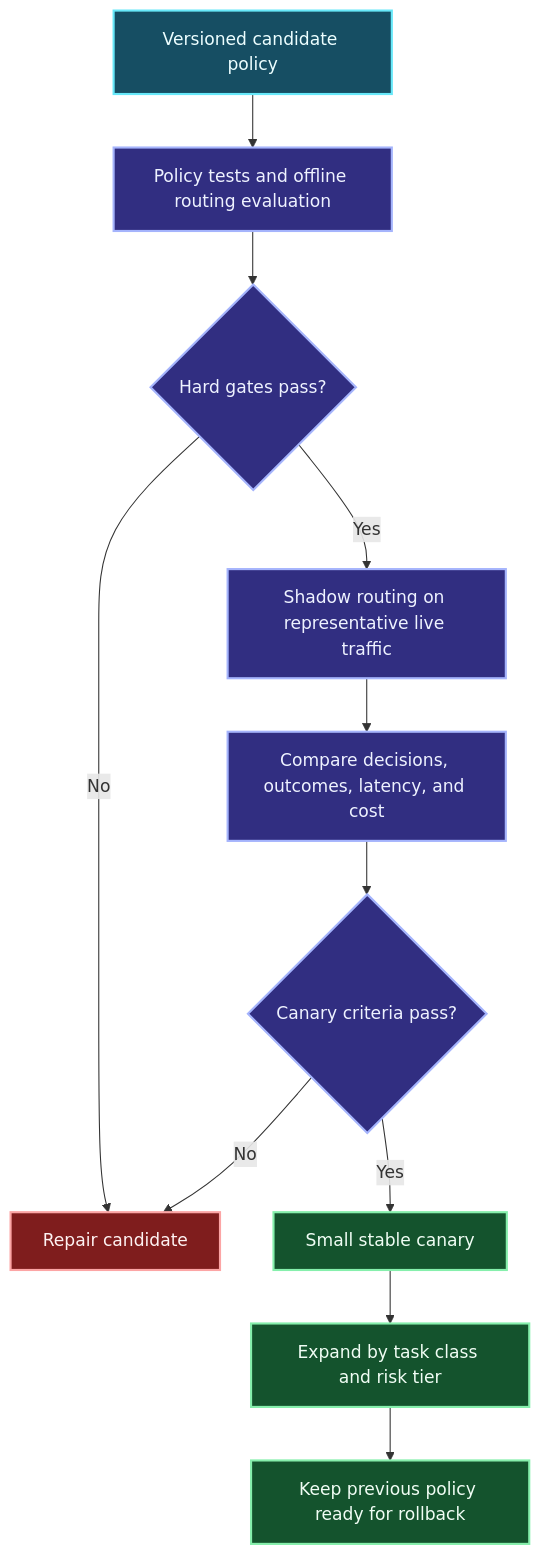
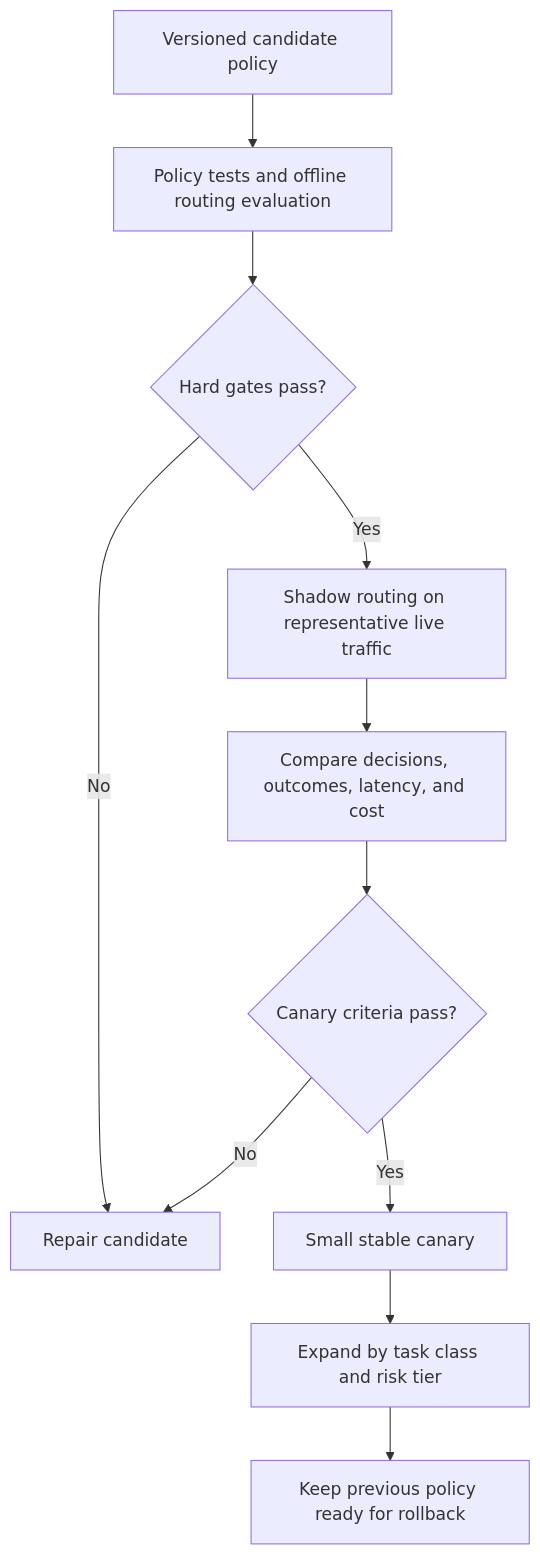
Before and after one commit to senlinyy/dev-roadmaps: the fifth of 5 diagrams in roadmaps/mlops/modules/llmops/cost-and-deployment/01-model-routing.md, drawn with Mermaid. The commit also changed other lines of this file and 152 other files, not shown here.

Commit message:
feat: mlops and diagrams updated

````diff
--- a/roadmaps/mlops/modules/llmops/cost-and-deployment/01-model-routing.md
+++ b/roadmaps/mlops/modules/llmops/cost-and-deployment/01-model-routing.md
@@ -365,20 +357,18 @@
 ```mermaid
 flowchart TD
     A["Versioned candidate policy"] --> B["Policy tests and offline routing evaluation"]
     B --> C{"Hard gates pass?"}
     C -->|No| D["Repair candidate"]
     C -->|Yes| E["Shadow routing on representative live traffic"]
     E --> F["Compare decisions, outcomes, latency, and cost"]
     F --> G{"Canary criteria pass?"}
     G -->|No| D
     G -->|Yes| H["Small stable canary"]
     H --> I["Expand by task class and risk tier"]
     I --> J["Keep previous policy ready for rollback"]
 
-    classDef candidate fill:#164E63,stroke:#67E8F9,color:#ECFEFF,stroke-width:2px; classDef test fill:#312E81,stroke:#A5B4FC,color:#EEF2FF,stroke-width:2px;
-    classDef stop fill:#7F1D1D,stroke:#FCA5A5,color:#FEF2F2,stroke-width:2px; classDef release fill:#14532D,stroke:#86EFAC,color:#F0FDF4,stroke-width:2px;
     class A candidate;
     class B,C,E,F,G test;
     class D stop;
     class H,I,J release;
 ```
````
